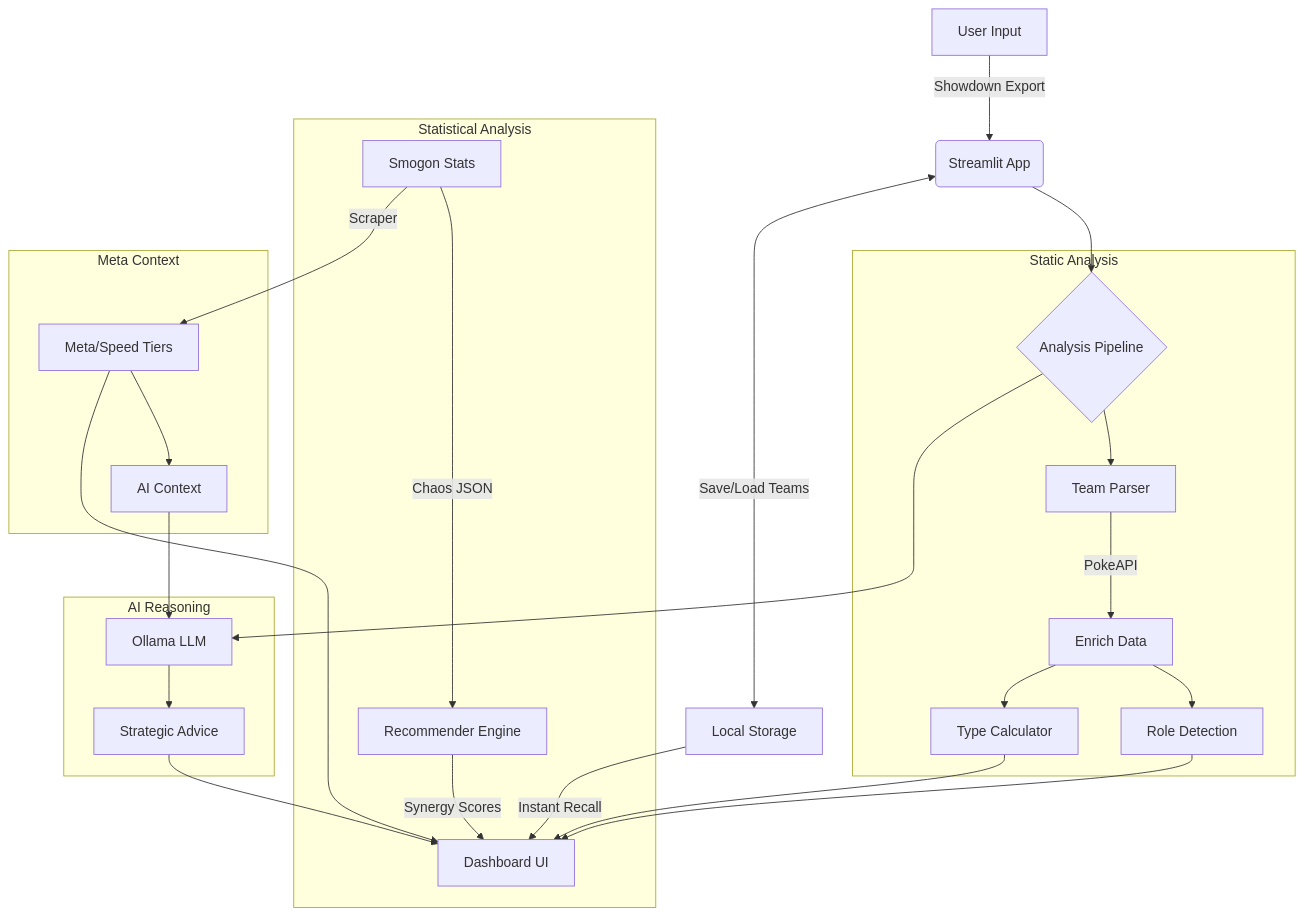
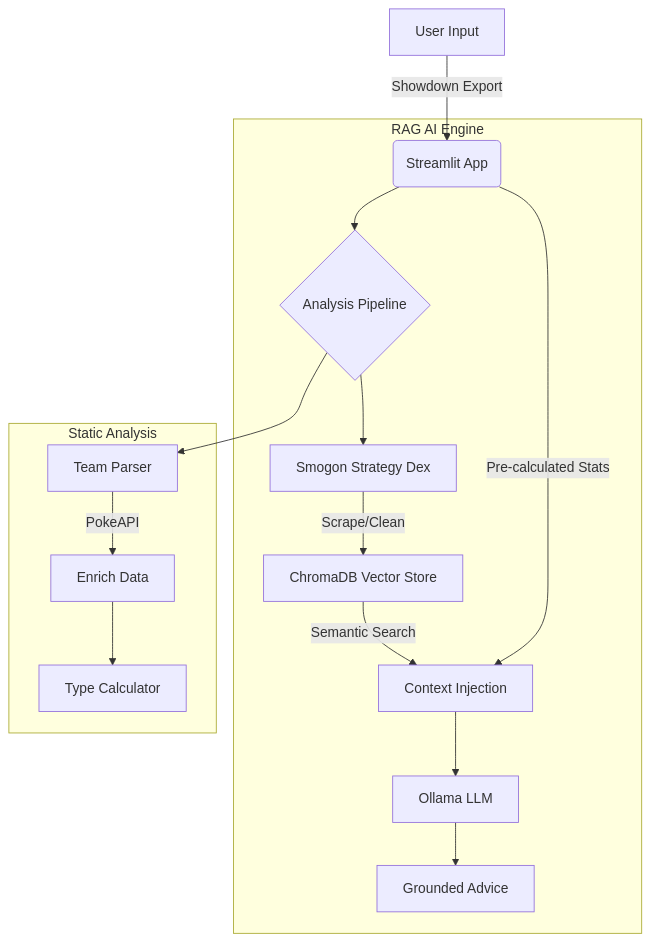
The diagram in README.md (NamikazeAsh/MetaMatch), drawn with Mermaid before and after one commit. The commit also changed other lines of this file and 11 other files, not shown here.

Commit message:
feat: implement RAG-based AI coaching and revamp strategic dashboard

````diff
--- a/README.md
+++ b/README.md
@@ -83,35 +74,20 @@
 ```mermaid
 graph TD
     A[User Input] -->|Showdown Export| B(Streamlit App)
     B --> C{Analysis Pipeline}
-    B <-->|Save/Load Teams| S[Local Storage]
+    
+    subgraph "RAG AI Engine"
+    C --> H[Smogon Strategy Dex]
+    H -->|Scrape/Clean| I[ChromaDB Vector Store]
+    I -->|Semantic Search| J[Context Injection]
+    B -->|Pre-calculated Stats| J
+    J --> K[Ollama LLM]
+    K --> L[Grounded Advice]
+    end
     
     subgraph "Static Analysis"
     C --> D[Team Parser]
     D -->|PokeAPI| E[Enrich Data]
-    E --> F[Role Detection]
     E --> G[Type Calculator]
     end
-    
-    subgraph "Statistical Analysis"
-    H[Smogon Stats] -->|Chaos JSON| R[Recommender Engine]
-    R -->|Synergy Scores| M[Dashboard UI]
-    end
-    
-    subgraph "Meta Context"
-    H -->|Scraper| I[Meta/Speed Tiers]
-    I --> J[AI Context]
-    end
-    
-    subgraph "AI Reasoning"
-    C --> K[Ollama LLM]
-    J --> K
-    K --> L[Strategic Advice]
-    end
-    
-    F --> M
-    G --> M
-    L --> M
-    I --> M
-    S -->|Instant Recall| M
 ```
````
